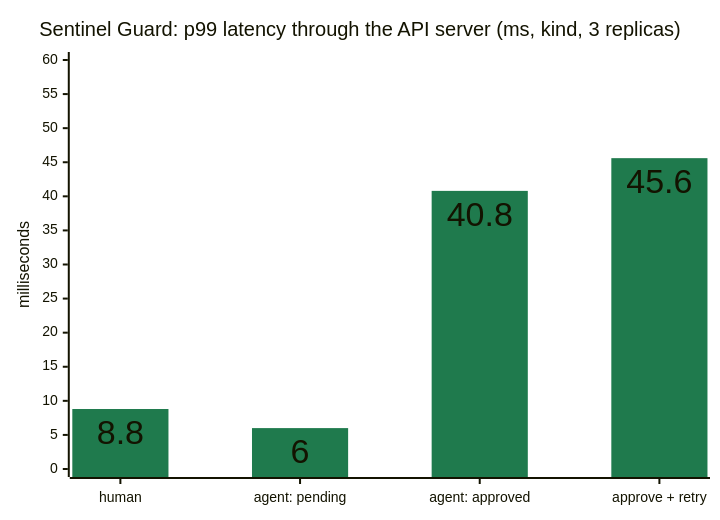
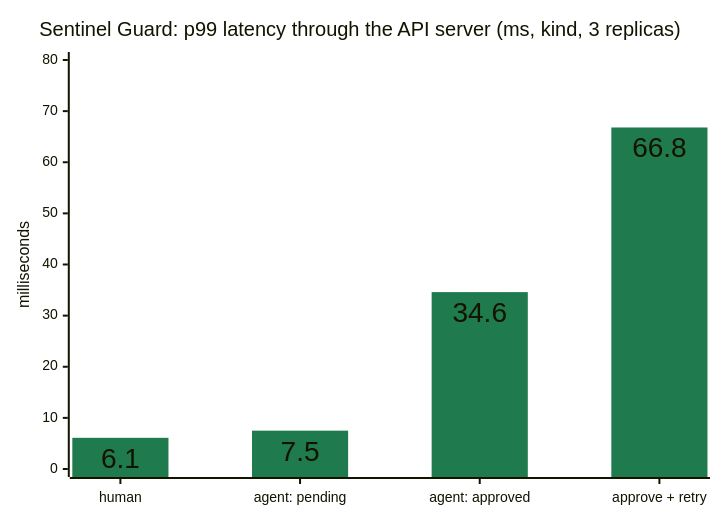
One commit to abdulmdev/sentinel-incident-copilot changed the diagram in docs/handbook/diagrams/17-chart-guard-latency.mmd. Above: the diagram before and after it, drawn with Mermaid. The commit also changed 53 other files, not shown here.

```diff
--- a/docs/handbook/diagrams/17-chart-guard-latency.mmd
+++ b/docs/handbook/diagrams/17-chart-guard-latency.mmd
@@ -1,13 +1,13 @@
 ---
 config:
   xyChart:
     showDataLabel: true
   themeVariables:
     xyChart:
       plotColorPalette: "#1f7a4d"
 ---
 xychart-beta
   title "Sentinel Guard: p99 latency through the API server (ms, kind, 3 replicas)"
   x-axis ["human", "agent: pending", "agent: approved", "approve + retry"]
-  y-axis "milliseconds" 0 --> 60
-  bar [8.8, 6.0, 40.8, 45.6]
+  y-axis "milliseconds" 0 --> 80
+  bar [6.1, 7.5, 34.6, 66.8]
```
